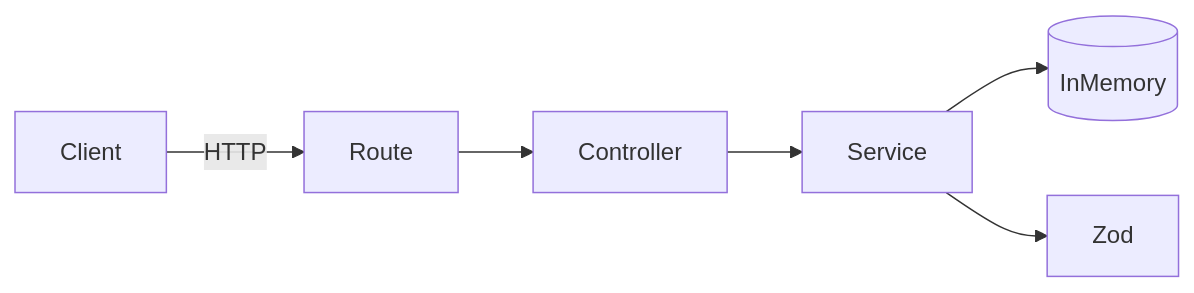
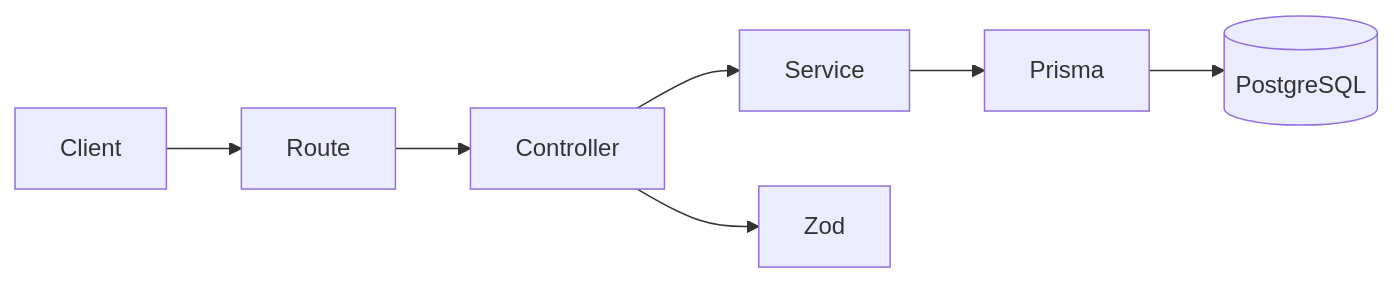
Before and after one commit to zelectrik/Pharma-stock-manager: the diagram in README.md, drawn with Mermaid. The commit also changed other lines of this file, not shown here.

Commit message:
docs(readme): improve project documentation with architecture, CI/CD and testing strategy (#7)

````diff
--- a/README.md
+++ b/README.md
@@ -88,8 +80,9 @@
 ```mermaid
 flowchart LR
-    Client -->|HTTP| Route
-    Route --> Controller
-    Controller --> Service
-    Service --> Store[(InMemory)]
-    Service --> Validation[Zod]
+Client --> Route
+Route --> Controller
+Controller --> Service
+Service --> Prisma
+Prisma --> DB[(PostgreSQL)]
+Controller --> Validation[Zod]
 ```
````
